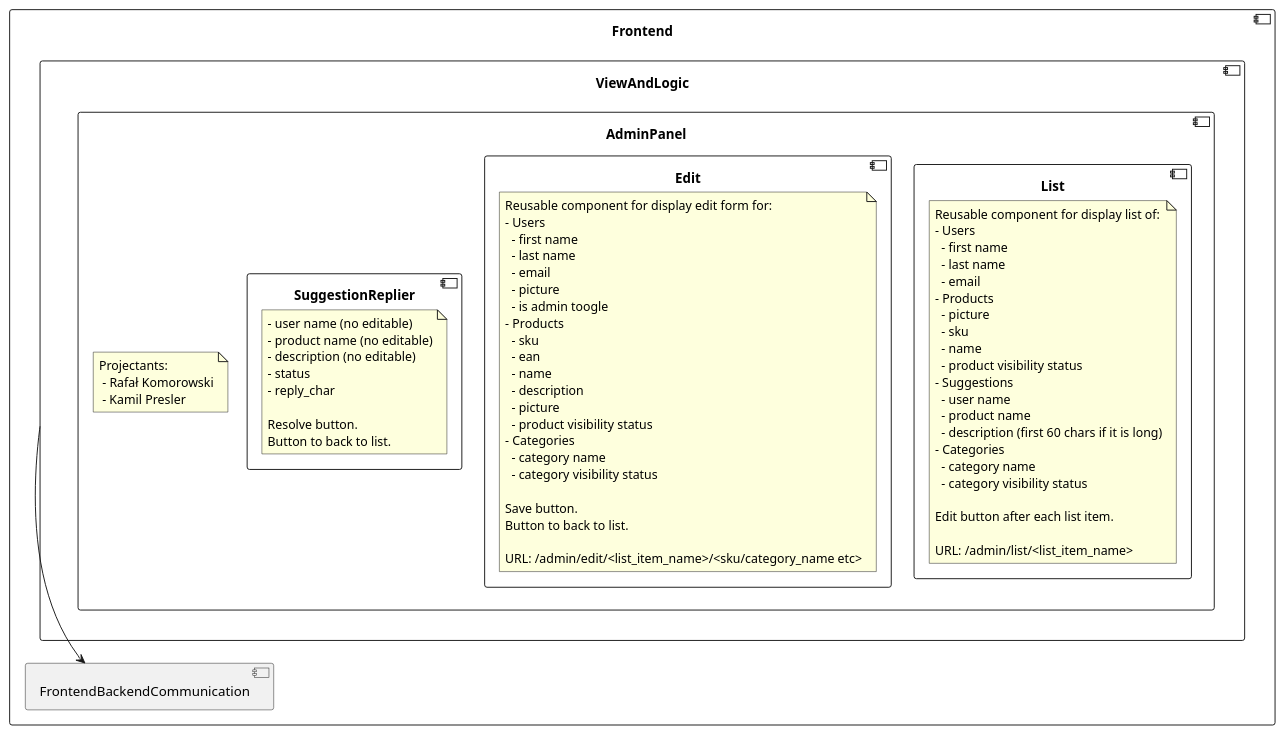
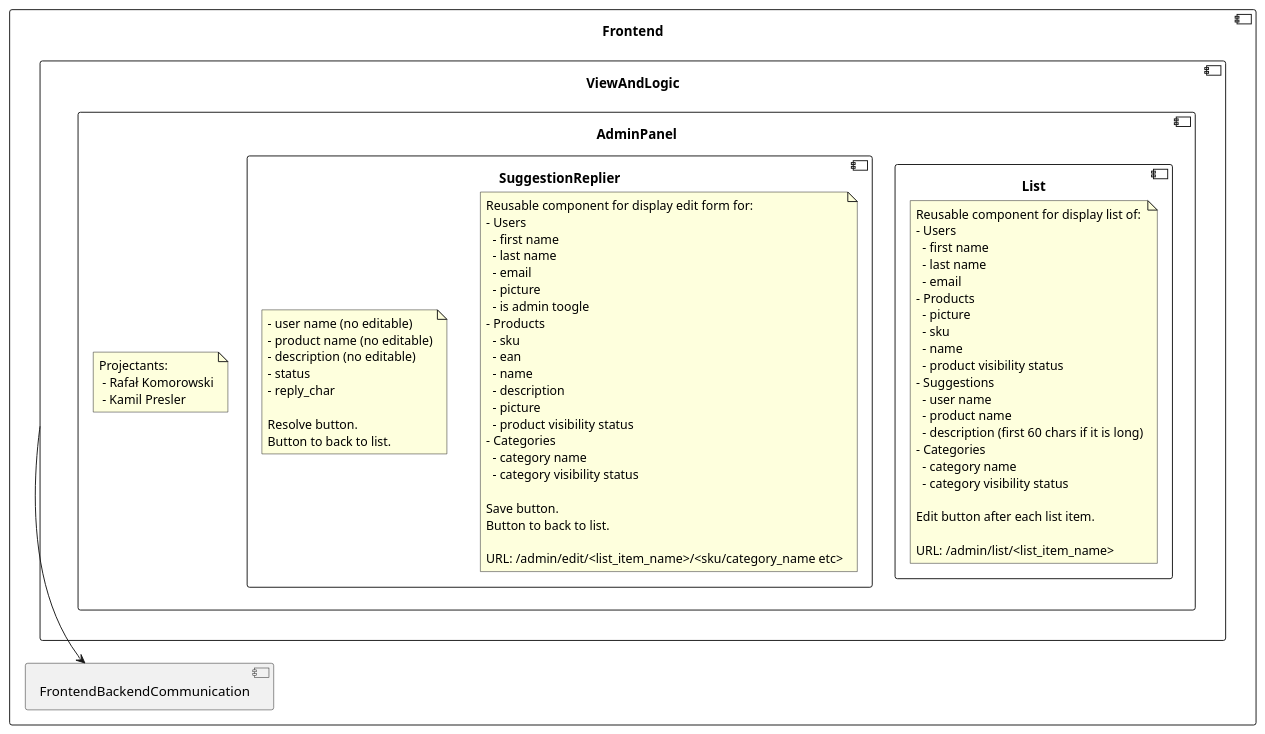
The diagram in frontend/AdminPanel.md (RadekBucki/OpinionCollectorArchitecture), drawn with PlantUML before and after one commit. The commit also changed 1 other file, not shown here.

Commit message:
Update full diagram

```diff
--- a/frontend/AdminPanel.md
+++ b/frontend/AdminPanel.md
@@ -36,7 +36,7 @@
                     URL: /admin/list/<list_item_name>
                 endnote
             }
-            component Edit {
+            component SuggestionReplier {
                 note as EditDescription
                     Reusable component for display edit form for:
                     - Users
```
